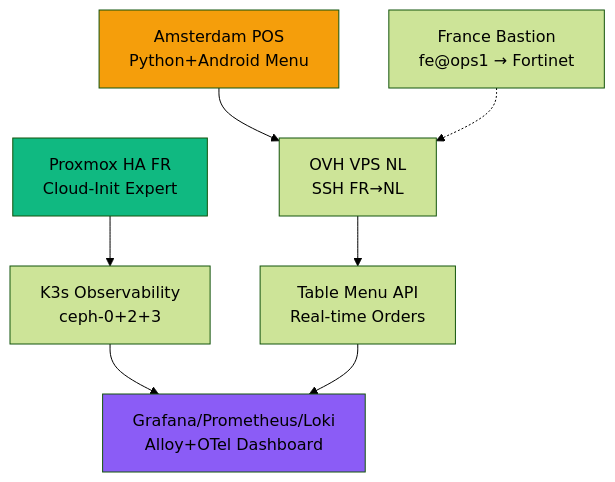
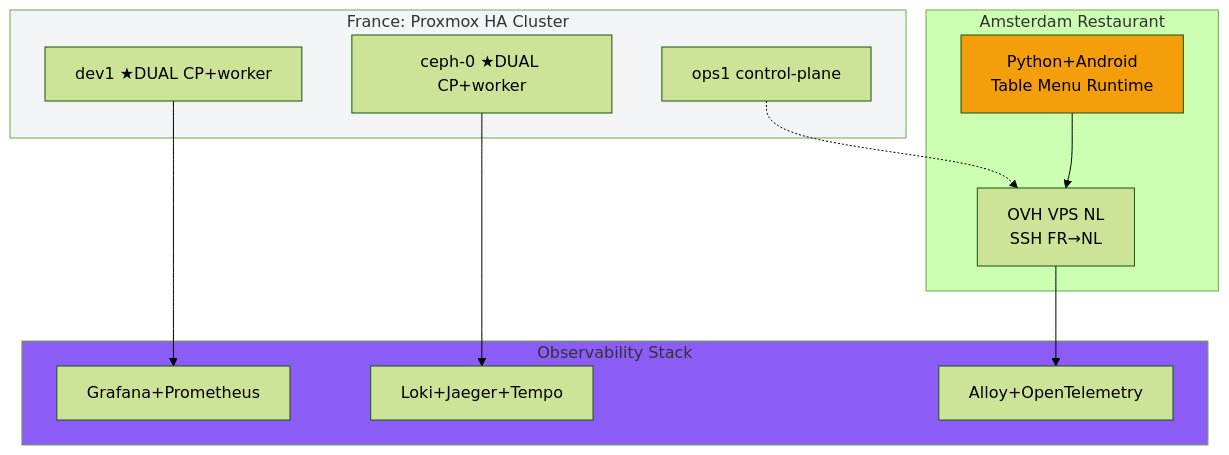
One commit to matahariku/matahariku changed the second of 2 diagrams in README.md. Above: the diagram before and after it, drawn with Mermaid (forest theme). The commit also changed other lines of this file, not shown here.

````diff
--- a/README.md
+++ b/README.md
@@ -103,15 +74,29 @@
 ```mermaid
 flowchart TB
-    A[Proxmox HA FR<br/>Cloud-Init Expert] --> B[K3s Observability<br/>ceph-0+2+3]
-    B --> C[Grafana/Prometheus/Loki<br/>Alloy+OTel Dashboard]
+    subgraph FR ["France: Proxmox HA Cluster"]
+        N1[ops1 control-plane]
+        N2[dev1 ★DUAL CP+worker]
+        N3[ceph-0 ★DUAL CP+worker]
+    end
     
-    D[Amsterdam POS<br/>Python+Android Menu] --> E[OVH VPS NL<br/>SSH FR→NL]
-    E --> F[Table Menu API<br/>Real-time Orders]
-    F --> C
+    subgraph OBS ["Observability Stack"]
+        M1[Grafana+Prometheus]
+        M2[Loki+Jaeger+Tempo]
+        M3[Alloy+OpenTelemetry]
+    end
     
-    G[France Bastion<br/>fe@ops1 → Fortinet] -.-> E
+    subgraph NL ["Amsterdam Restaurant"]
+        POS[Python+Android<br/>Table Menu Runtime]
+        OVH[OVH VPS NL<br/>SSH FR→NL]
+    end
     
-    style A fill:#10b981
-    style D fill:#f59e0b
-    style C fill:#8b5cf6
+    N2 --> M1
+    N3 --> M2
+    POS --> OVH
+    OVH --> M3
+    N1 -.-> OVH
+    
+    style FR fill:#f3f4f6
+    style OBS fill:#8b5cf6
+    style POS fill:#f59e0b
 ```
````
